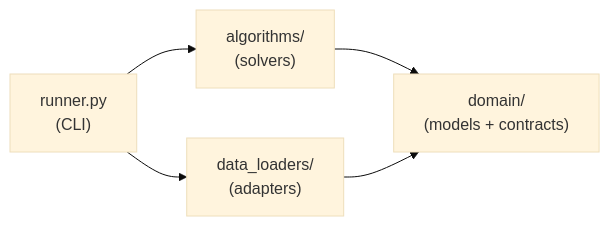
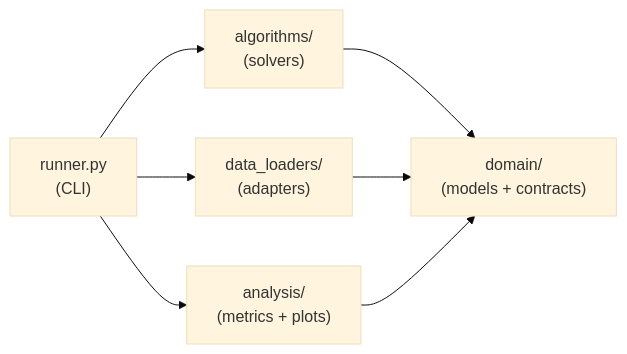
One commit to optimizacionupb/mapf changed the diagram in docs/architecture.md. Above: the diagram before and after it, drawn with Mermaid (base theme). The commit also changed other lines of this file and 4 other files, not shown here.

````diff
--- a/docs/architecture.md
+++ b/docs/architecture.md
@@ -9,7 +9,9 @@
 ```mermaid
 graph LR
   R["runner.py<br/>(CLI)"] --> A["algorithms/<br/>(solvers)"]
   R --> L["data_loaders/<br/>(adapters)"]
+  R --> N["analysis/<br/>(metrics + plots)"]
   A --> D["domain/<br/>(models + contracts)"]
   L --> D
+  N --> D
 ```
````
